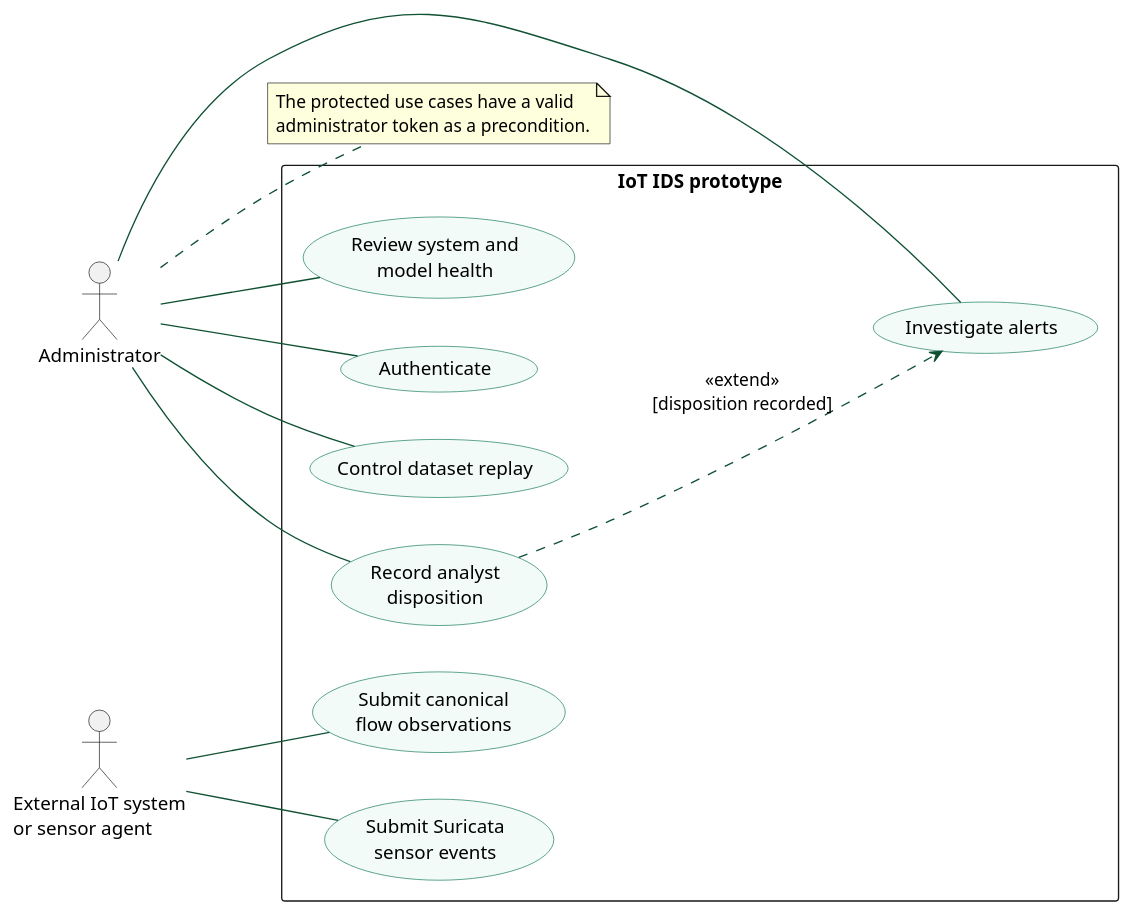
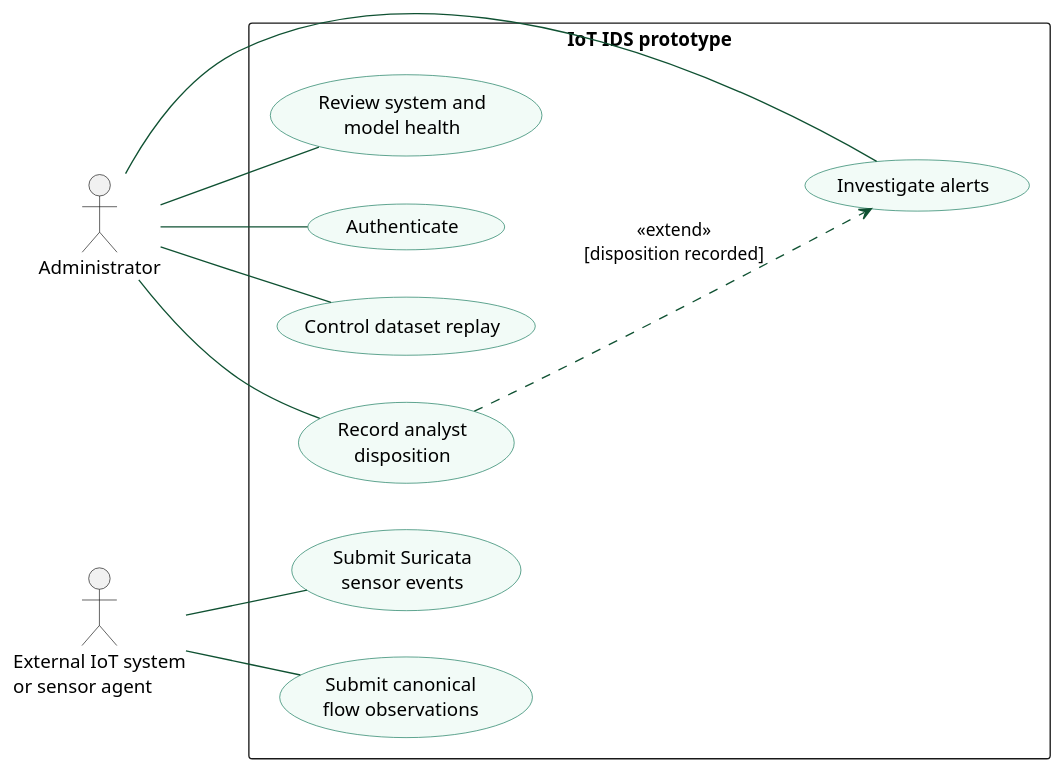
Before and after one commit to ZakariaElKhaldi/4iir-sr: the diagram in diagrams/01-use-cases.puml, drawn with PlantUML. The commit also changed 53 other files, not shown here.

```diff
--- a/diagrams/01-use-cases.puml
+++ b/diagrams/01-use-cases.puml
@@ -1,37 +1,33 @@
 @startuml
 left to right direction
 skinparam shadowing false
 skinparam packageStyle rectangle
 skinparam usecase {
   BackgroundColor #F2FBF7
   BorderColor #13795B
   ArrowColor #0F5132
 }
 
 actor Administrator as Admin
 actor "External IoT system\nor sensor agent" as External
 
 rectangle "IoT IDS prototype" {
   usecase "Authenticate" as UCAuth
   usecase "Submit canonical\nflow observations" as UCFlows
   usecase "Submit Suricata\nsensor events" as UCSensor
   usecase "Control dataset replay" as UCReplay
   usecase "Investigate alerts" as UCInvestigate
   usecase "Record analyst\ndisposition" as UCFeedback
   usecase "Review system and\nmodel health" as UCHealth
 }
 
 Admin -- UCAuth
 Admin -- UCReplay
 Admin -- UCInvestigate
 Admin -- UCFeedback
 Admin -- UCHealth
 External -- UCFlows
 External -- UCSensor
 UCFeedback ..> UCInvestigate : <<extend>>\n[disposition recorded]
 
-note right of Admin
-  The protected use cases have a valid
-  administrator token as a precondition.
-end note
 @enduml
```
